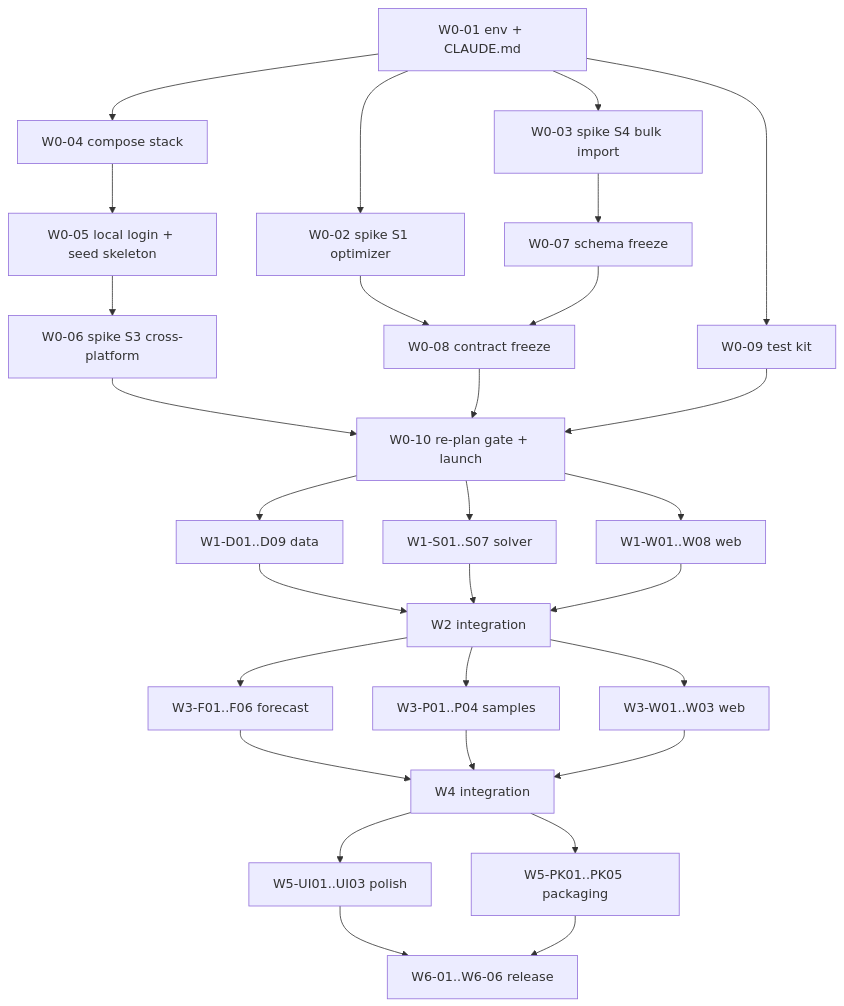
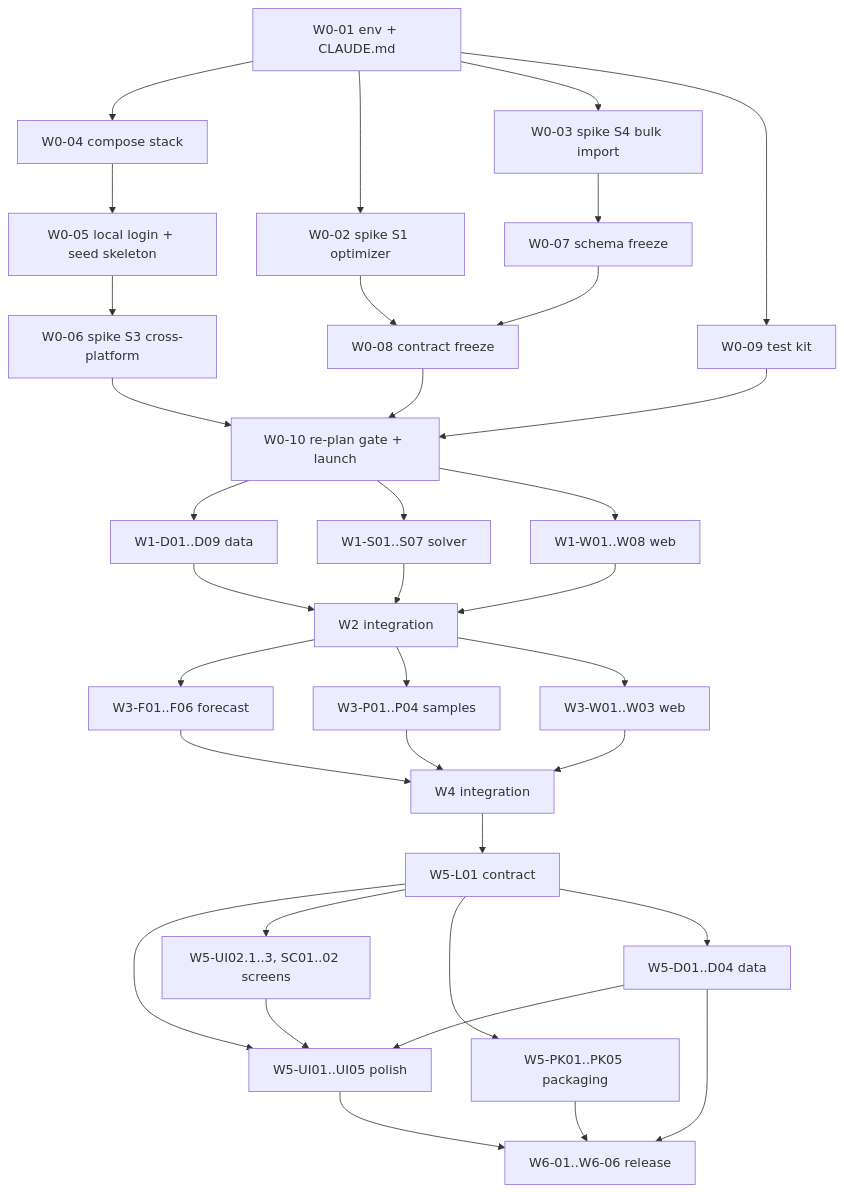
Before and after one commit to gbw30/PantryPulse: the second of 2 diagrams in docs/plans/v1/README.md, drawn with Mermaid. The commit also changed other lines of this file and 5 other files, not shown here.

First line of the commit message:
W5: split the web work into w5-polish and w5-screens (Gabriel, 2026-11-11)

````diff
--- a/docs/plans/v1/README.md
+++ b/docs/plans/v1/README.md
@@ -110,34 +111,40 @@
 ```mermaid
 flowchart TD
   W001[W0-01 env + CLAUDE.md] --> W004[W0-04 compose stack]
   W001 --> W002[W0-02 spike S1 optimizer]
   W001 --> W003[W0-03 spike S4 bulk import]
   W004 --> W005[W0-05 local login + seed skeleton]
   W005 --> W006[W0-06 spike S3 cross-platform]
   W003 --> W007[W0-07 schema freeze]
   W002 --> W008[W0-08 contract freeze]
   W007 --> W008
   W001 --> W009[W0-09 test kit]
   W006 --> W010[W0-10 re-plan gate + launch]
   W008 --> W010
   W009 --> W010
 
   W010 --> D01[W1-D01..D09 data]
   W010 --> S01[W1-S01..S07 solver]
   W010 --> WB01[W1-W01..W08 web]
   D01 --> W2[W2 integration]
   S01 --> W2
   WB01 --> W2
 
   W2 --> F01[W3-F01..F06 forecast]
   W2 --> P01[W3-P01..P04 samples]
   W2 --> WB31[W3-W01..W03 web]
   F01 --> W4[W4 integration]
   P01 --> W4
   WB31 --> W4
 
-  W4 --> PO1[W5-UI01..UI03 polish]
-  W4 --> PK1[W5-PK01..PK05 packaging]
+  W4 --> L01[W5-L01 contract]
+  L01 --> PO1[W5-UI01..UI05 polish]
+  L01 --> SC1[W5-UI02.1..3, SC01..02 screens]
+  L01 --> PK1[W5-PK01..PK05 packaging]
+  L01 --> DA1[W5-D01..D04 data]
+  DA1 --> PO1
+  SC1 --> PO1
   PO1 --> W6[W6-01..W6-06 release]
   PK1 --> W6
+  DA1 --> W6
 ```
````
